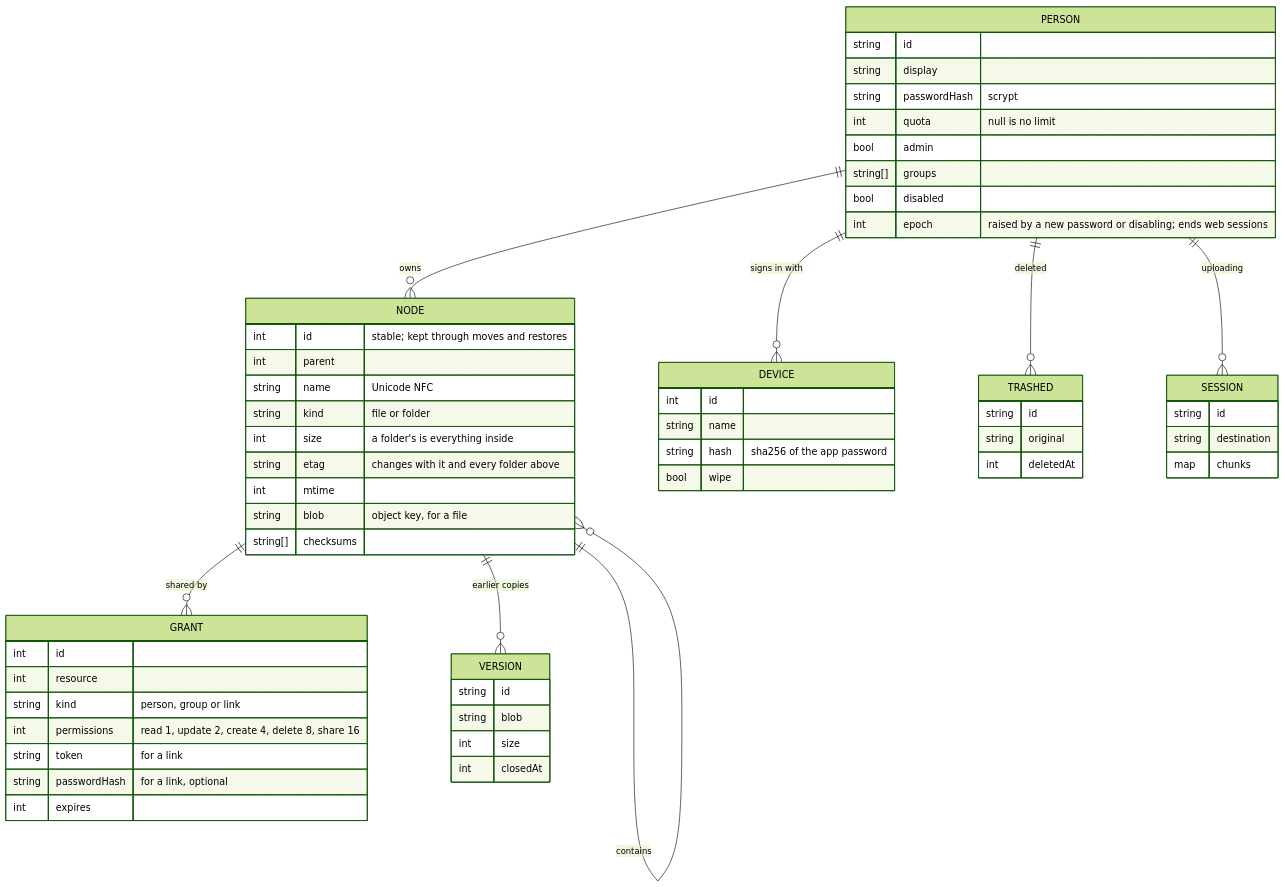
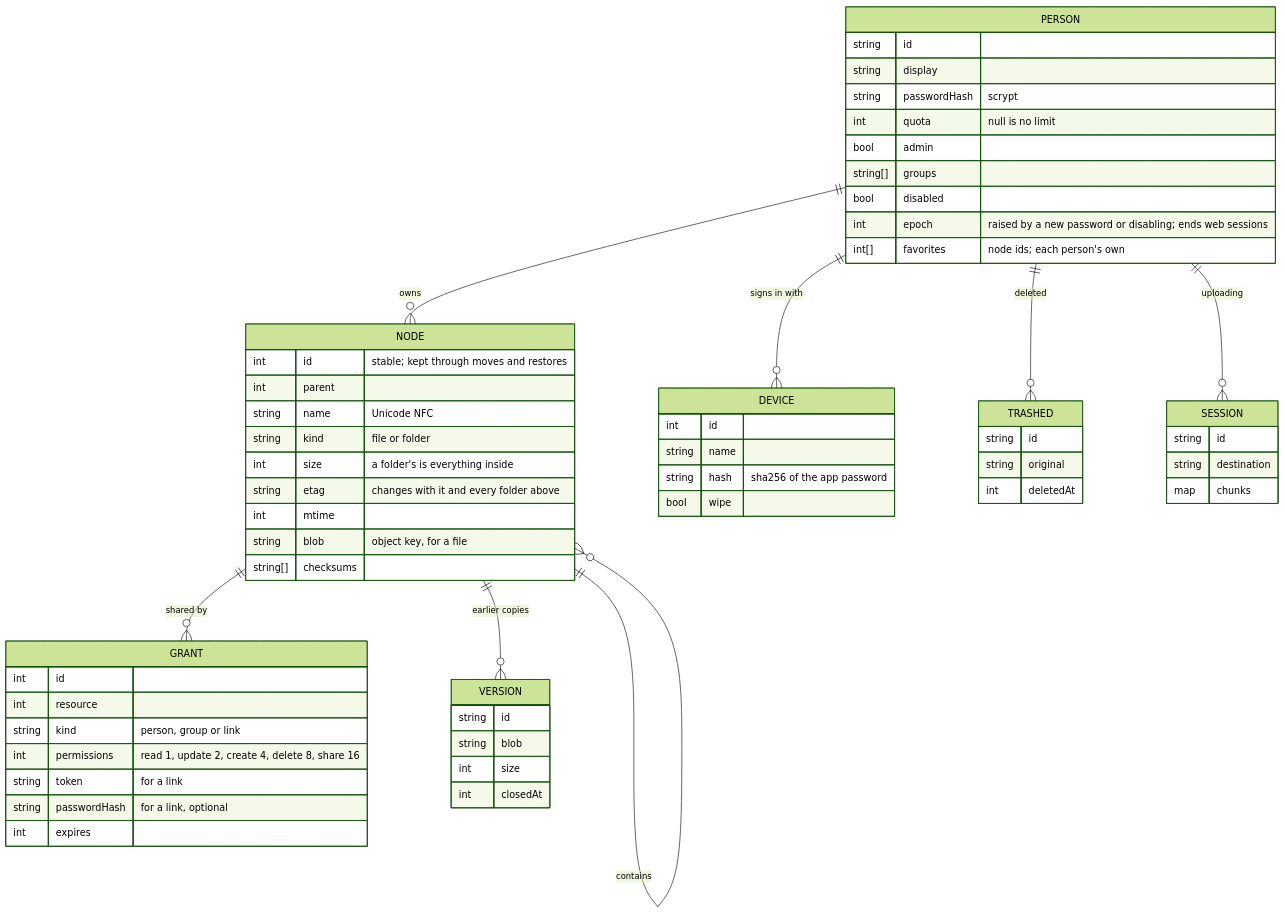
The second of 4 diagrams in files/README.md (russlittle/ZTHR), drawn with Mermaid (forest theme) before and after one commit. The commit also changed other lines of this file and 11 other files, not shown here.

````diff
--- a/files/README.md
+++ b/files/README.md
@@ -73,62 +73,63 @@
 ```mermaid
 erDiagram
   PERSON ||--o{ NODE : owns
   PERSON ||--o{ DEVICE : "signs in with"
   NODE ||--o{ NODE : contains
   NODE ||--o{ GRANT : "shared by"
   NODE ||--o{ VERSION : "earlier copies"
   PERSON ||--o{ TRASHED : deleted
   PERSON ||--o{ SESSION : uploading
   PERSON {
     string id
     string display
     string passwordHash "scrypt"
     int quota "null is no limit"
     bool admin
     string[] groups
     bool disabled
     int epoch "raised by a new password or disabling; ends web sessions"
+    int[] favorites "node ids; each person's own"
   }
   NODE {
     int id "stable; kept through moves and restores"
     int parent
     string name "Unicode NFC"
     string kind "file or folder"
     int size "a folder's is everything inside"
     string etag "changes with it and every folder above"
     int mtime
     string blob "object key, for a file"
     string[] checksums
   }
   GRANT {
     int id
     int resource
     string kind "person, group or link"
     int permissions "read 1, update 2, create 4, delete 8, share 16"
     string token "for a link"
     string passwordHash "for a link, optional"
     int expires
   }
   DEVICE {
     int id
     string name
     string hash "sha256 of the app password"
     bool wipe
   }
   VERSION {
     string id
     string blob
     int size
     int closedAt
   }
   TRASHED {
     string id
     string original
     int deletedAt
   }
   SESSION {
     string id
     string destination
     map chunks
   }
 ```
````
